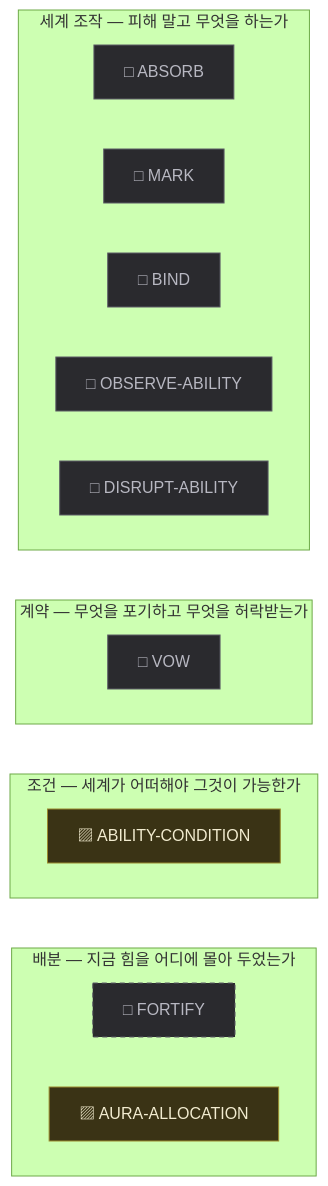
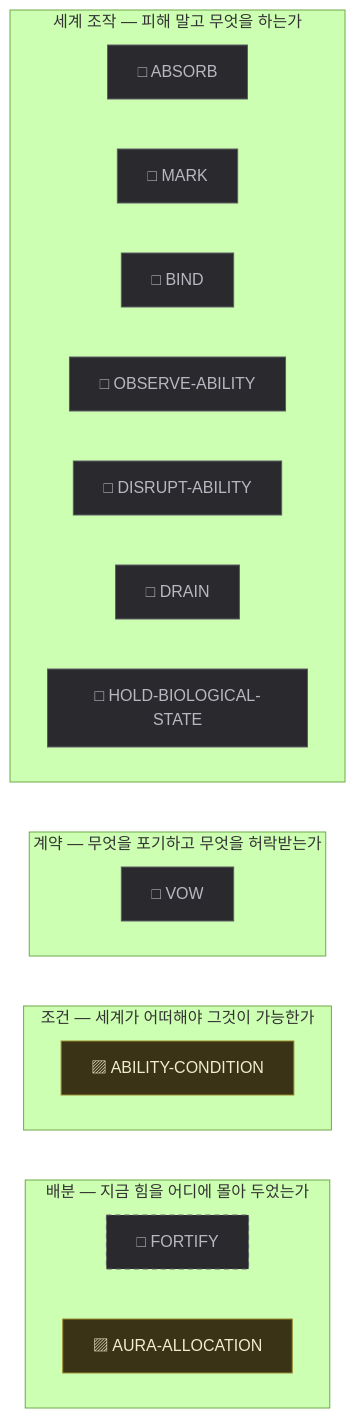
Before and after one commit to dkwkekzz/HktFramework: the fourth of 17 diagrams in HktAdvProtoH/content/proto-adventure/master/graph/GRAPH.md, drawn with Mermaid (forest theme). The commit also changed other lines of this file and 16 other files, not shown here.

````diff
--- a/HktAdvProtoH/content/proto-adventure/master/graph/GRAPH.md
+++ b/HktAdvProtoH/content/proto-adventure/master/graph/GRAPH.md
@@ -256,33 +264,35 @@
 ```mermaid
 flowchart TB
   subgraph SEG0 ["세계 조작 — 피해 말고 무엇을 하는가"]
     N0["□ ABSORB"]
     N1["□ MARK"]
     N2["□ BIND"]
     N3["□ OBSERVE-ABILITY"]
     N4["□ DISRUPT-ABILITY"]
+    N5["□ DRAIN"]
+    N6["□ HOLD-BIOLOGICAL-STATE"]
   end
   subgraph SEG1 ["계약 — 무엇을 포기하고 무엇을 허락받는가"]
-    N5["□ VOW"]
+    N7["□ VOW"]
   end
   subgraph SEG2 ["조건 — 세계가 어떠해야 그것이 가능한가"]
-    N6["▨ ABILITY-CONDITION"]
+    N8["▨ ABILITY-CONDITION"]
   end
   subgraph SEG3 ["배분 — 지금 힘을 어디에 몰아 두었는가"]
-    N7["□ FORTIFY"]
-    N8["▨ AURA-ALLOCATION"]
+    N9["□ FORTIFY"]
+    N10["▨ AURA-ALLOCATION"]
   end
   SEG0 ~~~ SEG1
   SEG1 ~~~ SEG2
   SEG2 ~~~ SEG3
 
   classDef impl fill:#16351f,stroke:#3f8a52,color:#d8f2df;
   classDef part fill:#3a3315,stroke:#9a8a2e,color:#f2ecd0;
   classDef miss fill:#2a2a2e,stroke:#5c5c66,color:#b8b8c2;
   classDef implS fill:#16351f,stroke:#3f8a52,color:#d8f2df,stroke-dasharray:5 4;
   classDef partS fill:#3a3315,stroke:#9a8a2e,color:#f2ecd0,stroke-dasharray:5 4;
   classDef missS fill:#2a2a2e,stroke:#5c5c66,color:#b8b8c2,stroke-dasharray:5 4;
-  class N6,N8 part;
-  class N0,N1,N2,N3,N4,N5 miss;
-  class N7 missS;
+  class N8,N10 part;
+  class N0,N1,N2,N3,N4,N5,N6,N7 miss;
+  class N9 missS;
 ```
````
